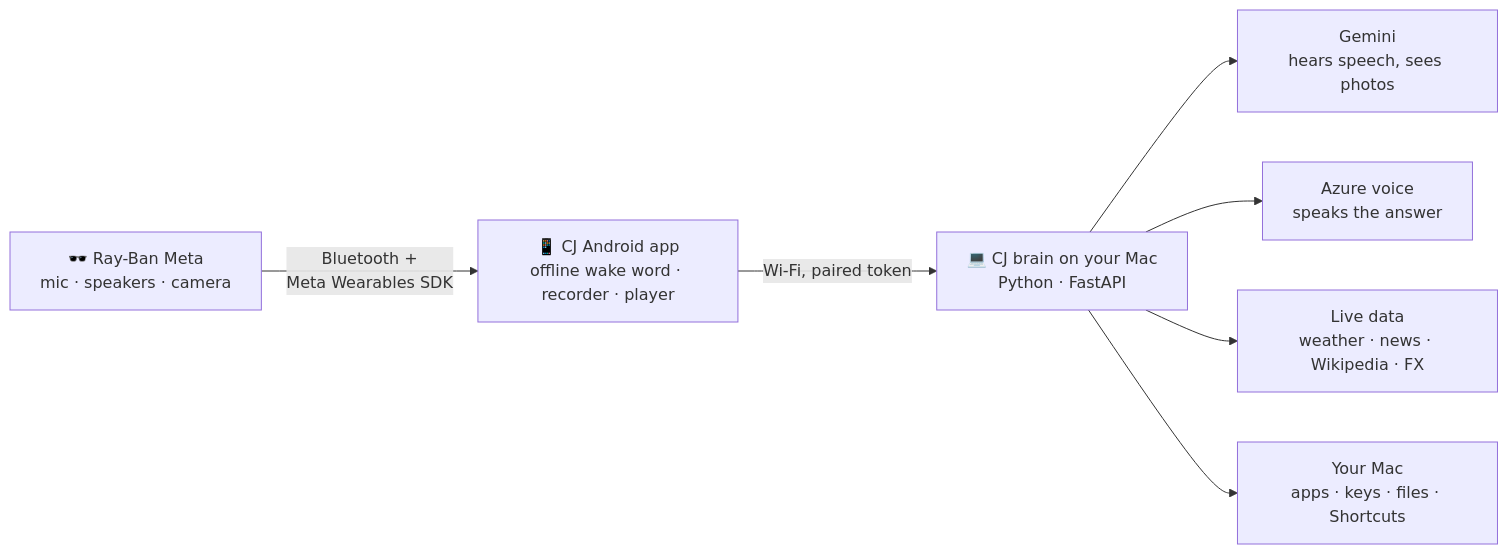
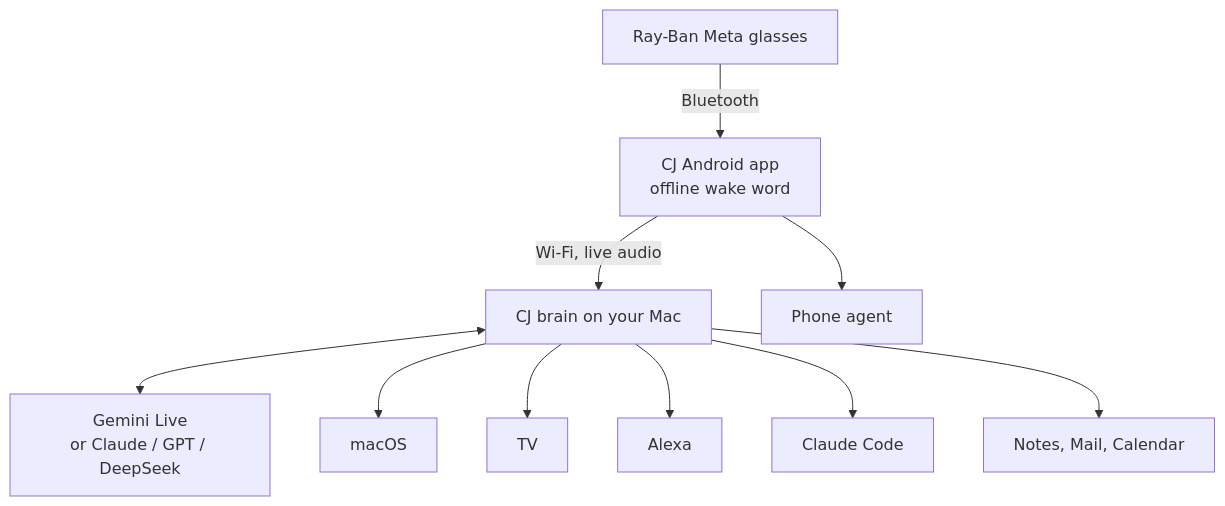
The diagram in README.md (GhanshyamPaunikar/rayban-meta-god-mode), drawn with Mermaid before and after one commit. The commit also changed other lines of this file and 127 other files, not shown here.

````diff
--- a/README.md
+++ b/README.md
@@ -71,9 +298,8 @@
 ```mermaid
-flowchart LR
-    G["🕶️ Ray-Ban Meta<br/>mic · speakers · camera"] -- "Bluetooth +<br/>Meta Wearables SDK" --> P["📱 CJ Android app<br/>offline wake word · recorder · player"]
-    P -- "Wi-Fi, paired token" --> B["💻 CJ brain on your Mac<br/>Python · FastAPI"]
-    B --> AI["Gemini<br/>hears speech, sees photos"]
-    B --> V["Azure voice<br/>speaks the answer"]
-    B --> W["Live data<br/>weather · news · Wikipedia · FX"]
-    B --> M["Your Mac<br/>apps · keys · files · Shortcuts"]
+flowchart TB
+    G["Ray-Ban Meta glasses"] -- "Bluetooth" --> P["CJ Android app<br/>offline wake word"]
+    P -- "Wi-Fi, live audio" --> B["CJ brain on your Mac"]
+    P --> PA["Phone agent"]
+    B <--> AI["Gemini Live<br/>or Claude / GPT / DeepSeek"]
+    B --> M["macOS"] & TV["TV"] & H["Alexa"] & CC["Claude Code"] & N["Notes, Mail, Calendar"]
 ```
````
